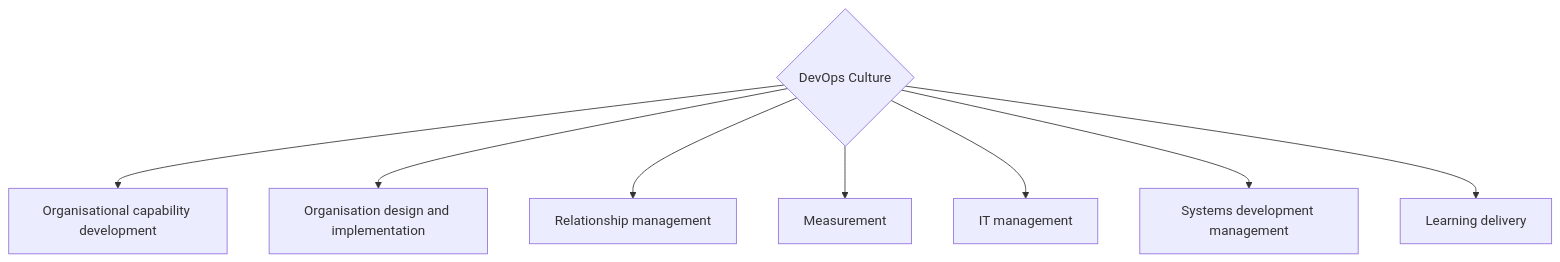
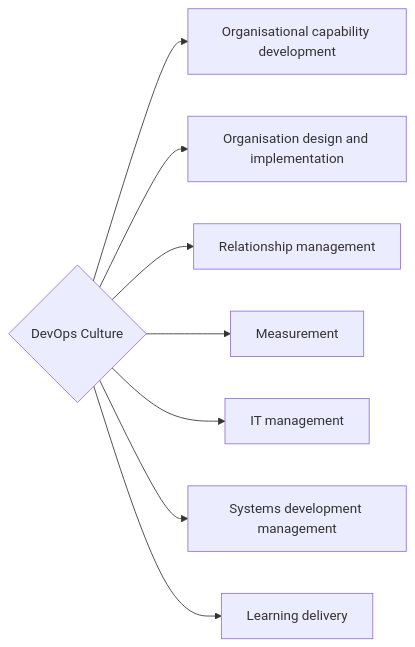
Before and after one commit to evgeniy-kharchenko/The-Way-of-DevOps: the second of 4 diagrams in README.md, drawn with Mermaid. The commit also changed other lines of this file, not shown here.

````diff
--- a/README.md
+++ b/README.md
@@ -40,11 +40,11 @@
 ```mermaid
-graph TD
+graph LR
     DevOpsCulture{DevOps Culture}
     DevOpsCulture --> OCDV[Organisational capability development]
     DevOpsCulture --> ORDI[Organisation design and implementation]
     DevOpsCulture --> RLMT[Relationship management]
     DevOpsCulture --> MEAS[Measurement]
     DevOpsCulture --> ITMG[IT management]
     DevOpsCulture --> DLMG[Systems development management]
     DevOpsCulture --> ETDL[Learning delivery]
 ```
````
